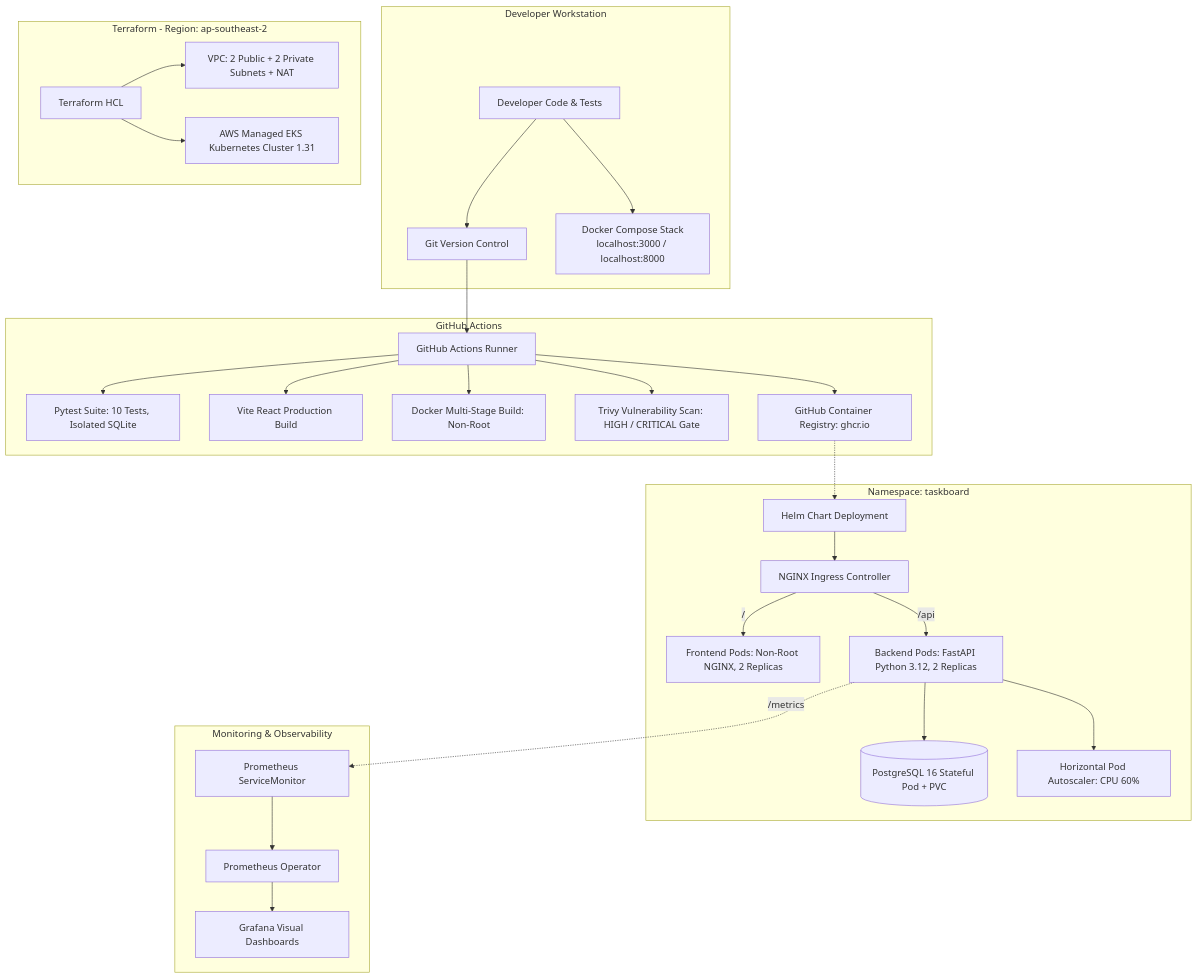
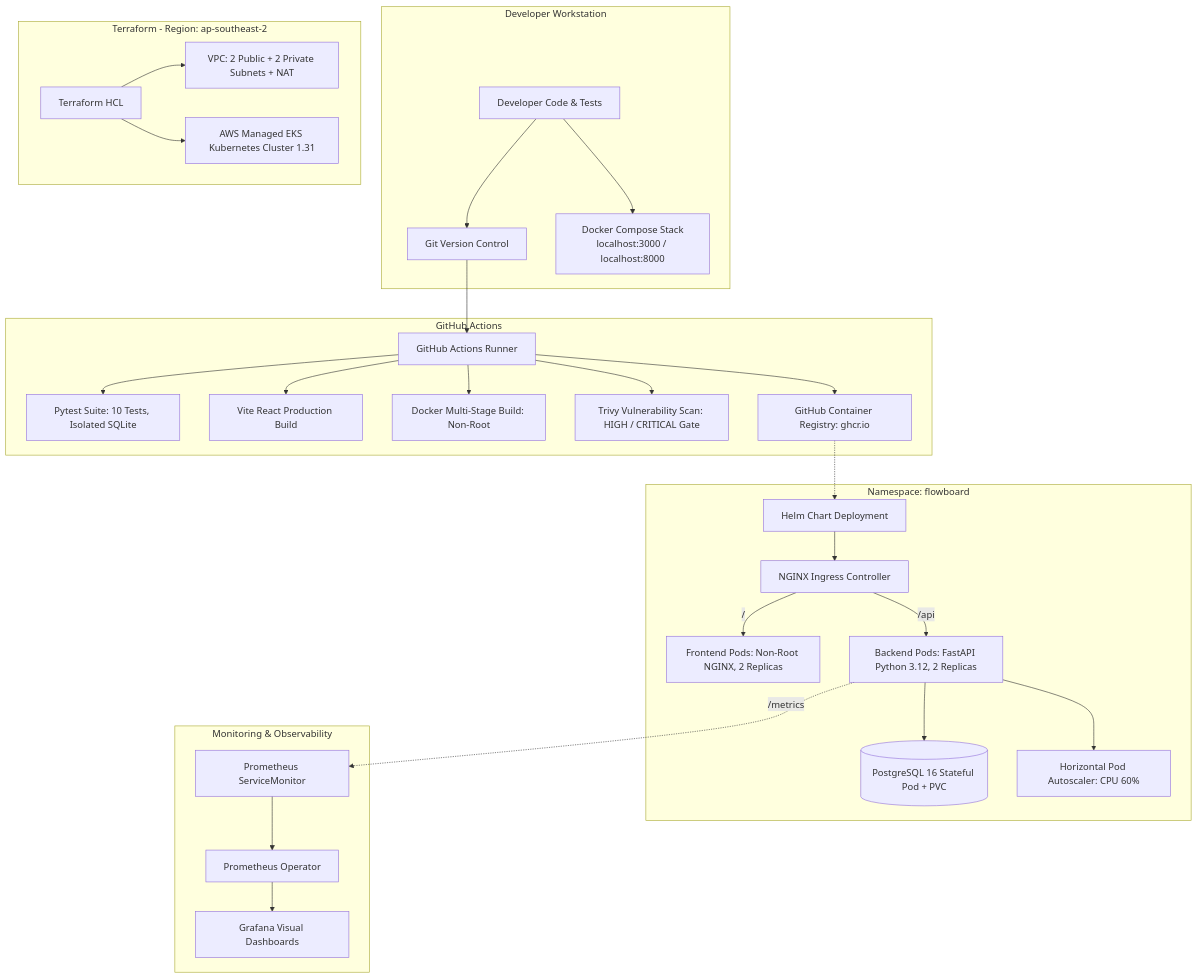
Before and after one commit to PranavNayal/devopsProject: the diagram in README.md, drawn with Mermaid. The commit also changed other lines of this file and 40 other files, not shown here.

Commit message:
feat(presentation,core): rename project to FlowBoard and link PDF deck in README

````diff
--- a/README.md
+++ b/README.md
@@ -11,36 +11,36 @@
 ```mermaid
 flowchart TD
     subgraph Developer Workstation
         DEV[Developer Code & Tests] --> GIT[Git Version Control]
         DEV --> DOCKER_LOCAL[Docker Compose Stack\nlocalhost:3000 / localhost:8000]
     end
 
     subgraph CI/CD Quality Gates [GitHub Actions]
         GIT --> GHA[GitHub Actions Runner]
         GHA --> PYTEST[Pytest Suite: 10 Tests, Isolated SQLite]
         GHA --> FE_BUILD[Vite React Production Build]
         GHA --> DOCKER_BUILD[Docker Multi-Stage Build: Non-Root]
         GHA --> TRIVY[Trivy Vulnerability Scan: HIGH / CRITICAL Gate]
         GHA --> GHCR[GitHub Container Registry: ghcr.io]
     end
 
     subgraph AWS Cloud Infrastructure [Terraform - Region: ap-southeast-2]
         TF[Terraform HCL] --> VPC[VPC: 2 Public + 2 Private Subnets + NAT]
         TF --> EKS[AWS Managed EKS Kubernetes Cluster 1.31]
     end
 
-    subgraph Kubernetes & Helm [Namespace: taskboard]
+    subgraph Kubernetes & Helm [Namespace: flowboard]
         GHCR -.-> HELM[Helm Chart Deployment]
         HELM --> ING[NGINX Ingress Controller]
         ING -->|/| FE_PODS[Frontend Pods: Non-Root NGINX, 2 Replicas]
         ING -->|/api| BE_PODS[Backend Pods: FastAPI Python 3.12, 2 Replicas]
         BE_PODS --> DB_POD[(PostgreSQL 16 Stateful Pod + PVC)]
         BE_PODS --> HPA[Horizontal Pod Autoscaler: CPU 60%]
     end
 
     subgraph Monitoring & Observability
         BE_PODS -.->|/metrics| SM[Prometheus ServiceMonitor]
         SM --> PROM[Prometheus Operator]
         PROM --> GRAF[Grafana Visual Dashboards]
     end
 ```
````
